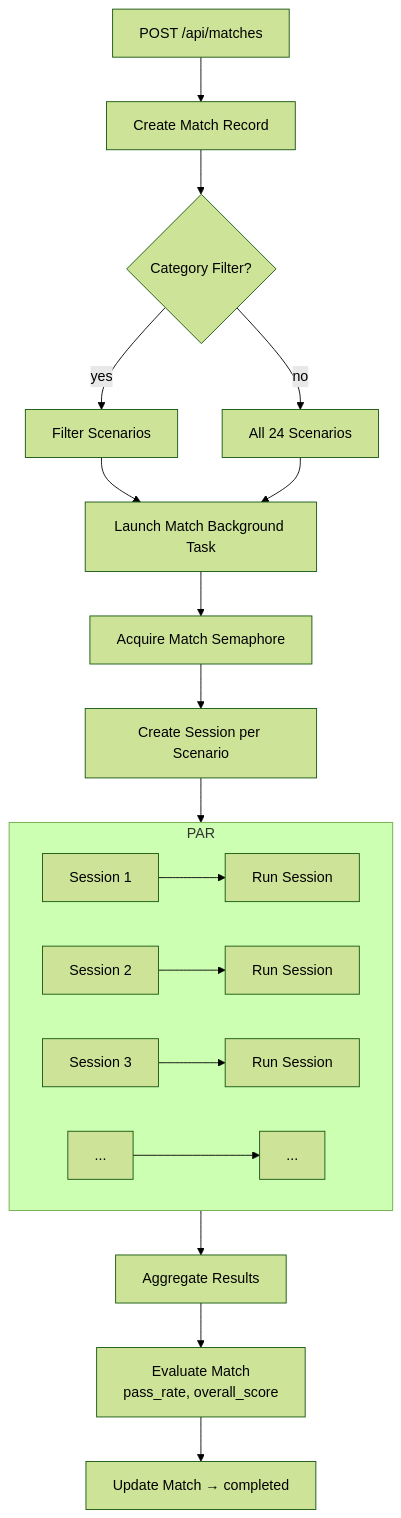
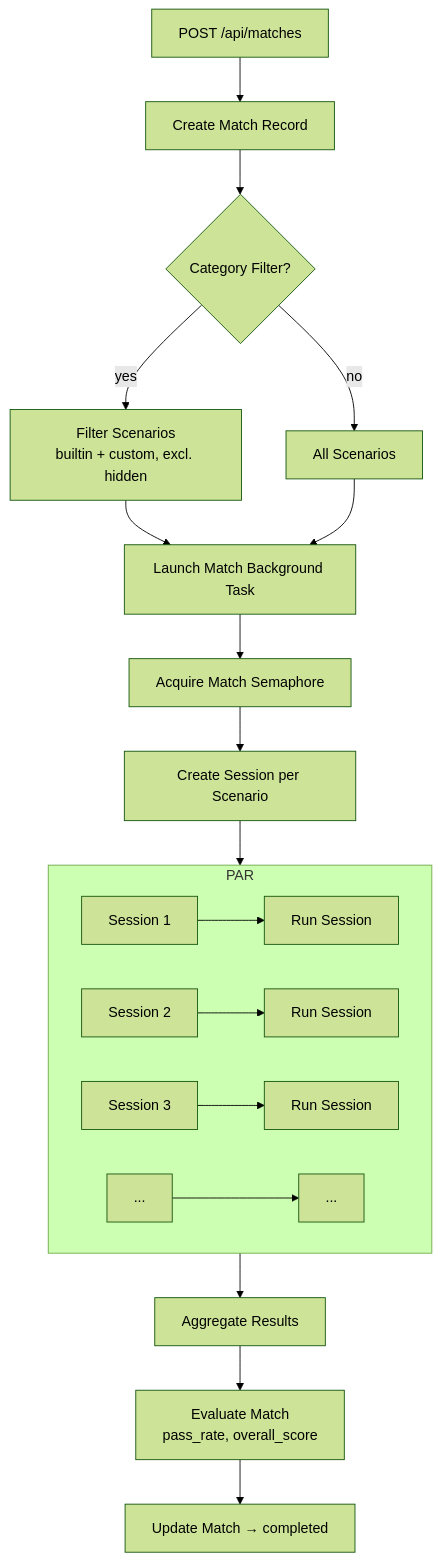
One commit to duonghaijoe/eval-kai changed the tenth of 20 diagrams in docs/ARCHITECTURE.md. Above: the diagram before and after it, drawn with Mermaid (forest theme). The commit also changed other lines of this file and 22 other files, not shown here.

````diff
--- a/docs/ARCHITECTURE.md
+++ b/docs/ARCHITECTURE.md
@@ -374,26 +541,26 @@
 ```mermaid
 flowchart TD
     MATCH[POST /api/matches] --> CREATE[Create Match Record]
     CREATE --> FILTER{Category Filter?}
-    FILTER -->|yes| SUBSET[Filter Scenarios]
-    FILTER -->|no| ALL[All 24 Scenarios]
+    FILTER -->|yes| SUBSET[Filter Scenarios<br/>builtin + custom, excl. hidden]
+    FILTER -->|no| ALL[All Scenarios]
 
     SUBSET --> LAUNCH
     ALL --> LAUNCH
 
     LAUNCH[Launch Match Background Task] --> MSEM[Acquire Match Semaphore]
     MSEM --> SESSIONS[Create Session per Scenario]
 
     SESSIONS --> PAR["Parallel Execution<br/>(per-match semaphore)"]
 
     subgraph PAR
         S1[Session 1] --> R1[Run Session]
         S2[Session 2] --> R2[Run Session]
         S3[Session 3] --> R3[Run Session]
         SN[...] --> RN[...]
     end
 
     PAR --> AGG[Aggregate Results]
     AGG --> EVAL_M[Evaluate Match<br/>pass_rate, overall_score]
     EVAL_M --> DONE[Update Match → completed]
 ```
````
